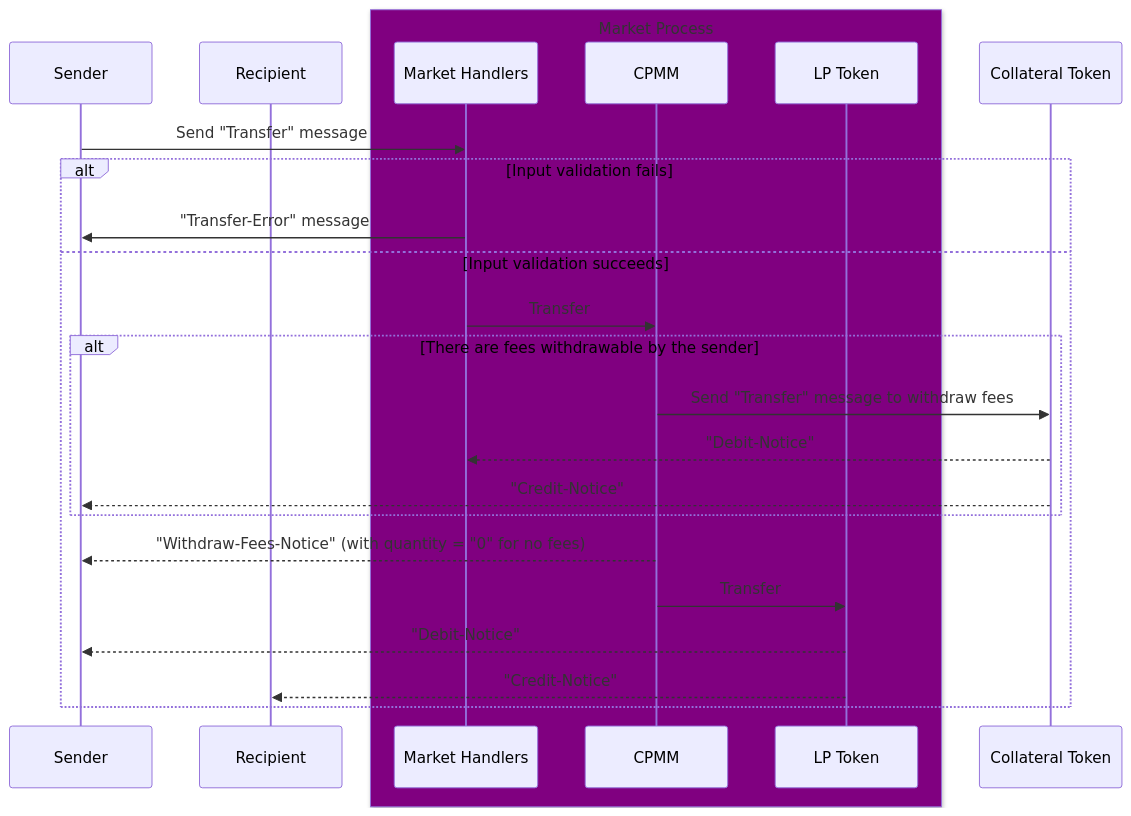
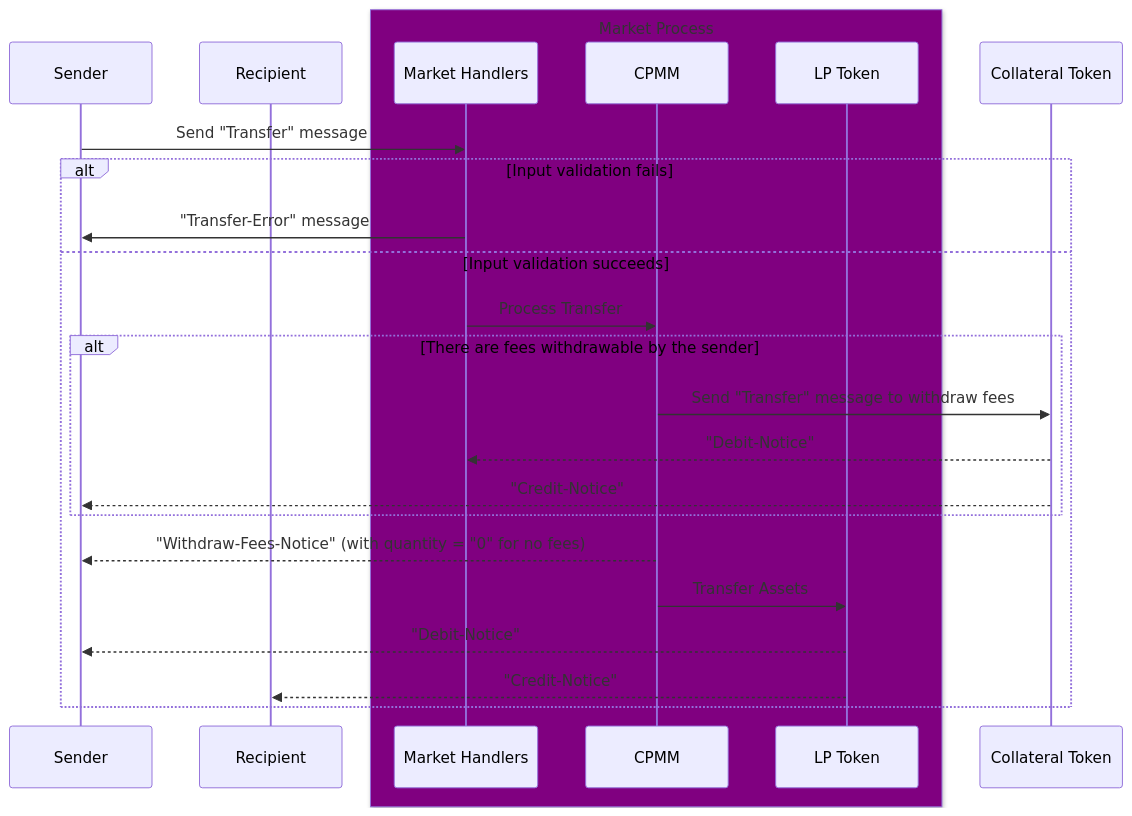
One commit to outcome-gg/outcome-protocol changed the diagram in docs/04-lp-tokens/transfer.md. Above: the diagram before and after it, drawn with Mermaid. The commit also changed 24 other files, not shown here.

Commit message:
Updated diagrams and refactoring

````diff
--- a/docs/04-lp-tokens/transfer.md
+++ b/docs/04-lp-tokens/transfer.md
@@ -1,27 +1,37 @@
 ```mermaid
 sequenceDiagram
 participant Sender
 participant Recipient
 box Purple Market Process
-participant Market Handlers
-participant CPMM
-participant LP Token
+  participant Market Handlers
+  participant CPMM
+  participant LP Token
 end
 participant Collateral Token
 
+%% 🟢 Transfer Request
 Sender ->> Market Handlers: Send "Transfer" message
+
 alt Input validation fails
+  %% ❌ Error Notice
   Market Handlers ->> Sender: "Transfer-Error" message
 else Input validation succeeds
-  Market Handlers ->> CPMM: Transfer
+  Market Handlers ->> CPMM: Process Transfer
+
   alt There are fees withdrawable by the sender
+    %% 💵 Withdrawable Fees Detected
     CPMM ->> Collateral Token: Send "Transfer" message to withdraw fees
     Collateral Token -->> Market Handlers: "Debit-Notice"
     Collateral Token -->> Sender: "Credit-Notice"
   end
+
+  %% ✅ Fees Withdrawal Completed
   CPMM -->> Sender: "Withdraw-Fees-Notice" (with quantity = "0" for no fees)
-  CPMM ->> LP Token: Transfer
+
+  %% 🔄 Processing Asset Transfer
+  CPMM ->> LP Token: Transfer Assets
   LP Token -->> Sender: "Debit-Notice"
   LP Token -->> Recipient: "Credit-Notice"
 end
+
 ```
````
